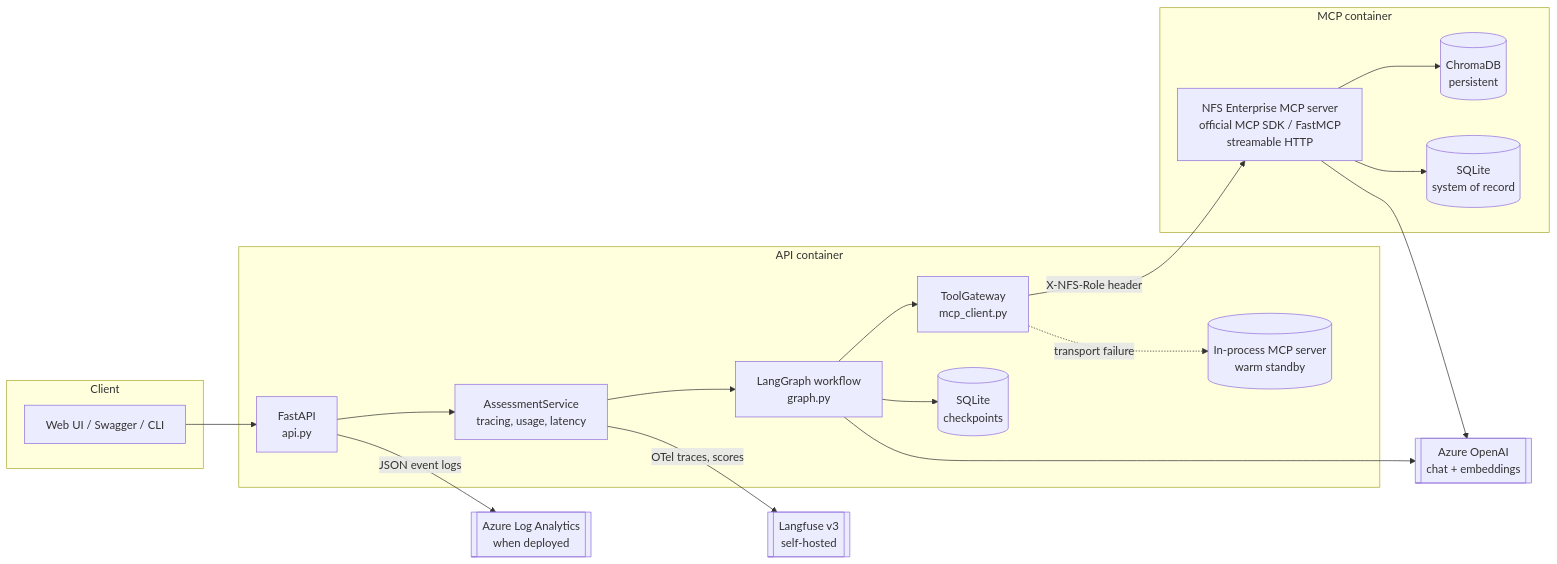
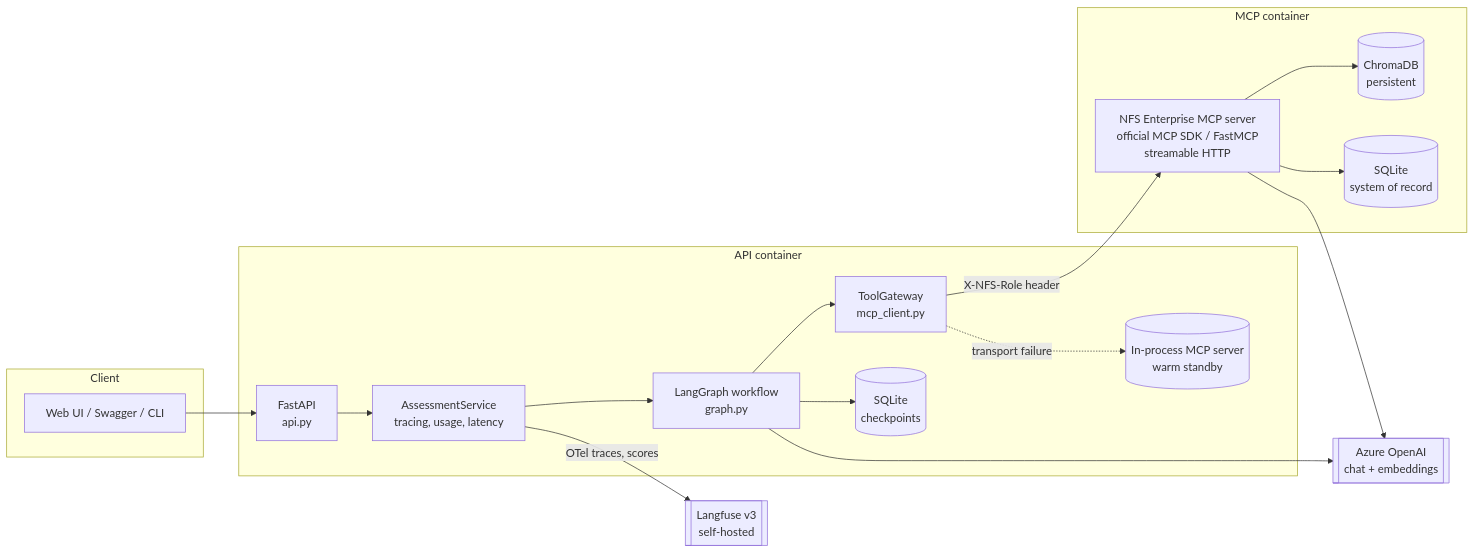
Before and after one commit to arismil/hackathon2-team1: the first of 2 diagrams in architecture/architecture.md, drawn with Mermaid. The commit also changed other lines of this file and 10 other files, not shown here.

````diff
--- a/architecture/architecture.md
+++ b/architecture/architecture.md
@@ -9,33 +9,31 @@
 ```mermaid
 flowchart LR
   subgraph Client
     UI[Web UI / Swagger / CLI]
   end
   subgraph API container
     API[FastAPI<br/>api.py]
     SVC[AssessmentService<br/>tracing, usage, latency]
     G[LangGraph workflow<br/>graph.py]
     GW[ToolGateway<br/>mcp_client.py]
     LOCAL[(In-process MCP server<br/>warm standby)]
     CK[(SQLite<br/>checkpoints)]
   end
   subgraph MCP container
     MCP[NFS Enterprise MCP server<br/>official MCP SDK / FastMCP<br/>streamable HTTP]
     CH[(ChromaDB<br/>persistent)]
     REC[(SQLite<br/>system of record)]
   end
   AOAI[[Azure OpenAI<br/>chat + embeddings]]
   LF[[Langfuse v3<br/>self-hosted]]
-  LA[[Azure Log Analytics<br/>when deployed]]
 
   UI --> API --> SVC --> G
   G --> GW -- "X-NFS-Role header" --> MCP
   GW -. transport failure .-> LOCAL
   MCP --> CH
   MCP --> REC
   G --> AOAI
   MCP --> AOAI
   G --> CK
   SVC -- OTel traces, scores --> LF
-  API -- JSON event logs --> LA
 ```
````
